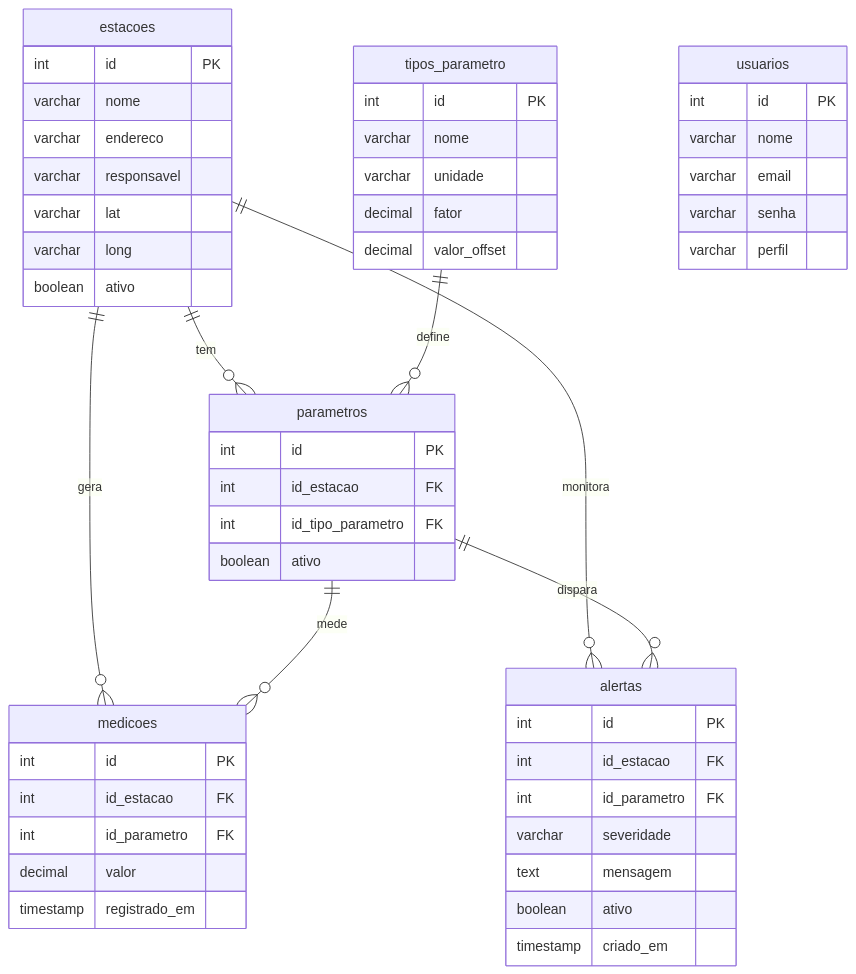
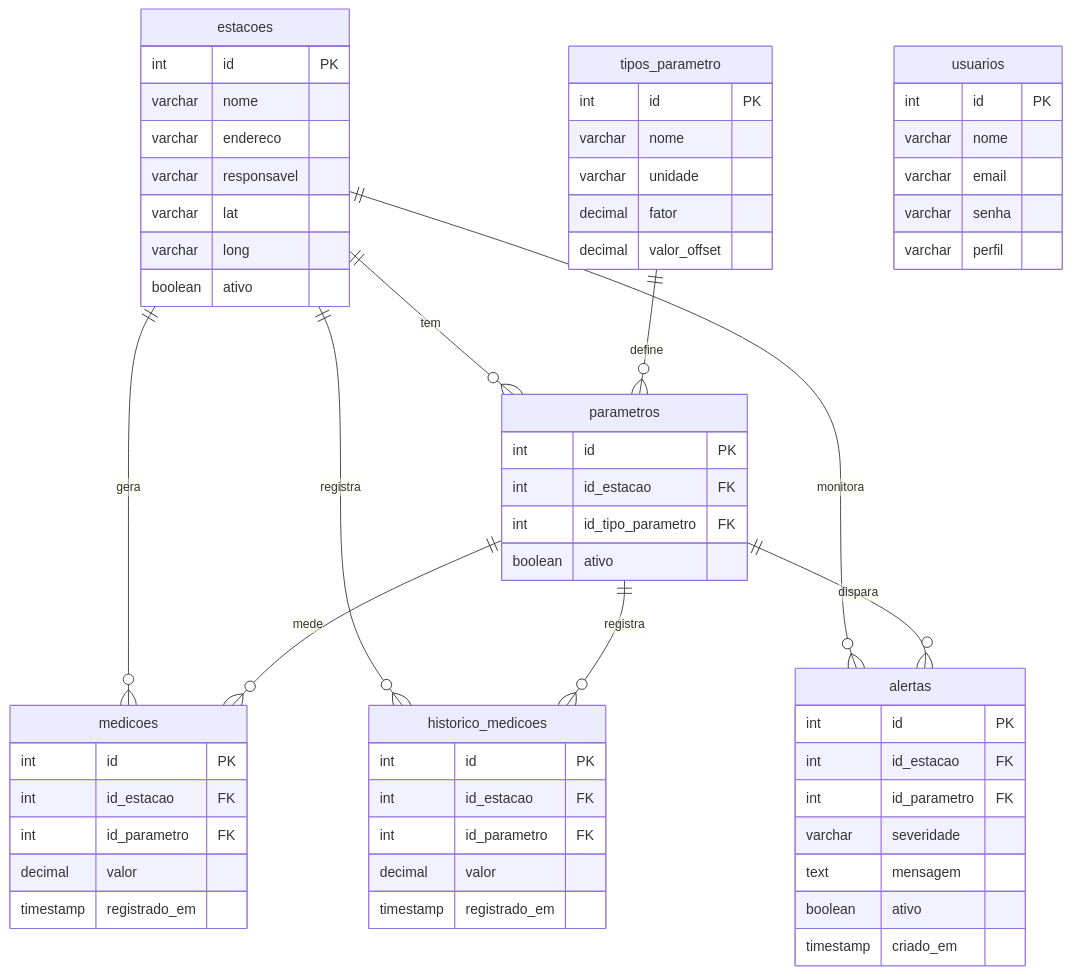
The diagram in README.md (carlosintrieri/tentativa-api), drawn with Mermaid before and after one commit. The commit also changed other lines of this file, not shown here.

````diff
--- a/README.md
+++ b/README.md
@@ -57,55 +62,64 @@
 ```mermaid
 erDiagram
   estacoes {
     int id PK
     varchar nome
     varchar endereco
     varchar responsavel
     varchar lat
     varchar long
     boolean ativo
   }
   tipos_parametro {
     int id PK
     varchar nome
     varchar unidade
     decimal fator
     decimal valor_offset
   }
   parametros {
     int id PK
     int id_estacao FK
     int id_tipo_parametro FK
     boolean ativo
   }
   medicoes {
     int id PK
     int id_estacao FK
     int id_parametro FK
     decimal valor
     timestamp registrado_em
   }
+  historico_medicoes {
+    int id PK
+    int id_estacao FK
+    int id_parametro FK
+    decimal valor
+    timestamp registrado_em
+  }
   alertas {
     int id PK
     int id_estacao FK
     int id_parametro FK
     varchar severidade
     text mensagem
     boolean ativo
     timestamp criado_em
   }
   usuarios {
     int id PK
     varchar nome
     varchar email
     varchar senha
     varchar perfil
   }
 
-  estacoes        ||--o{ parametros : tem
-  tipos_parametro ||--o{ parametros : define
-  estacoes        ||--o{ medicoes   : gera
-  parametros      ||--o{ medicoes   : mede
-  estacoes        ||--o{ alertas    : monitora
-  parametros      ||--o{ alertas    : dispara
+  estacoes        ||--o{ parametros         : tem
+  tipos_parametro ||--o{ parametros         : define
+  estacoes        ||--o{ medicoes           : gera
+  parametros      ||--o{ medicoes           : mede
+  estacoes        ||--o{ historico_medicoes : registra
+  parametros      ||--o{ historico_medicoes : registra
+  estacoes        ||--o{ alertas            : monitora
+  parametros      ||--o{ alertas            : dispara
 ```
````
